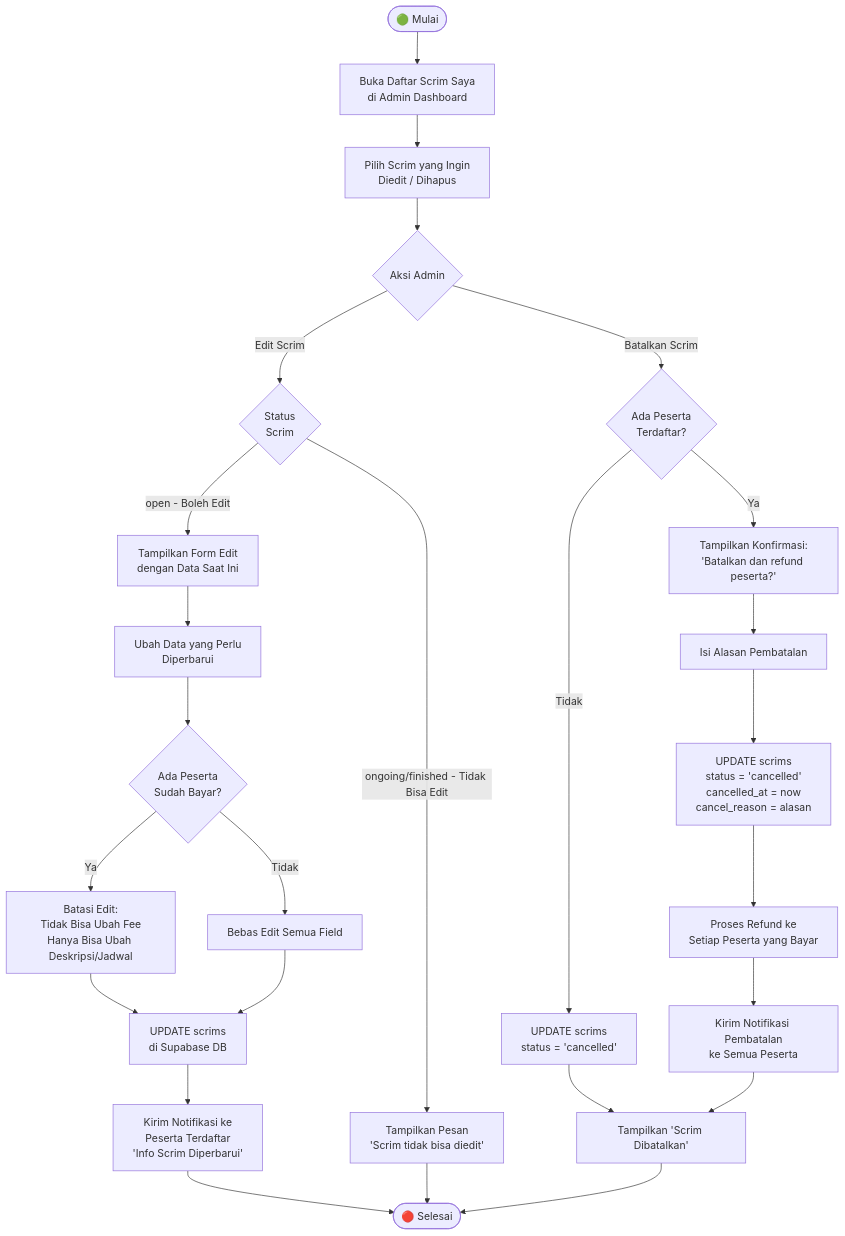
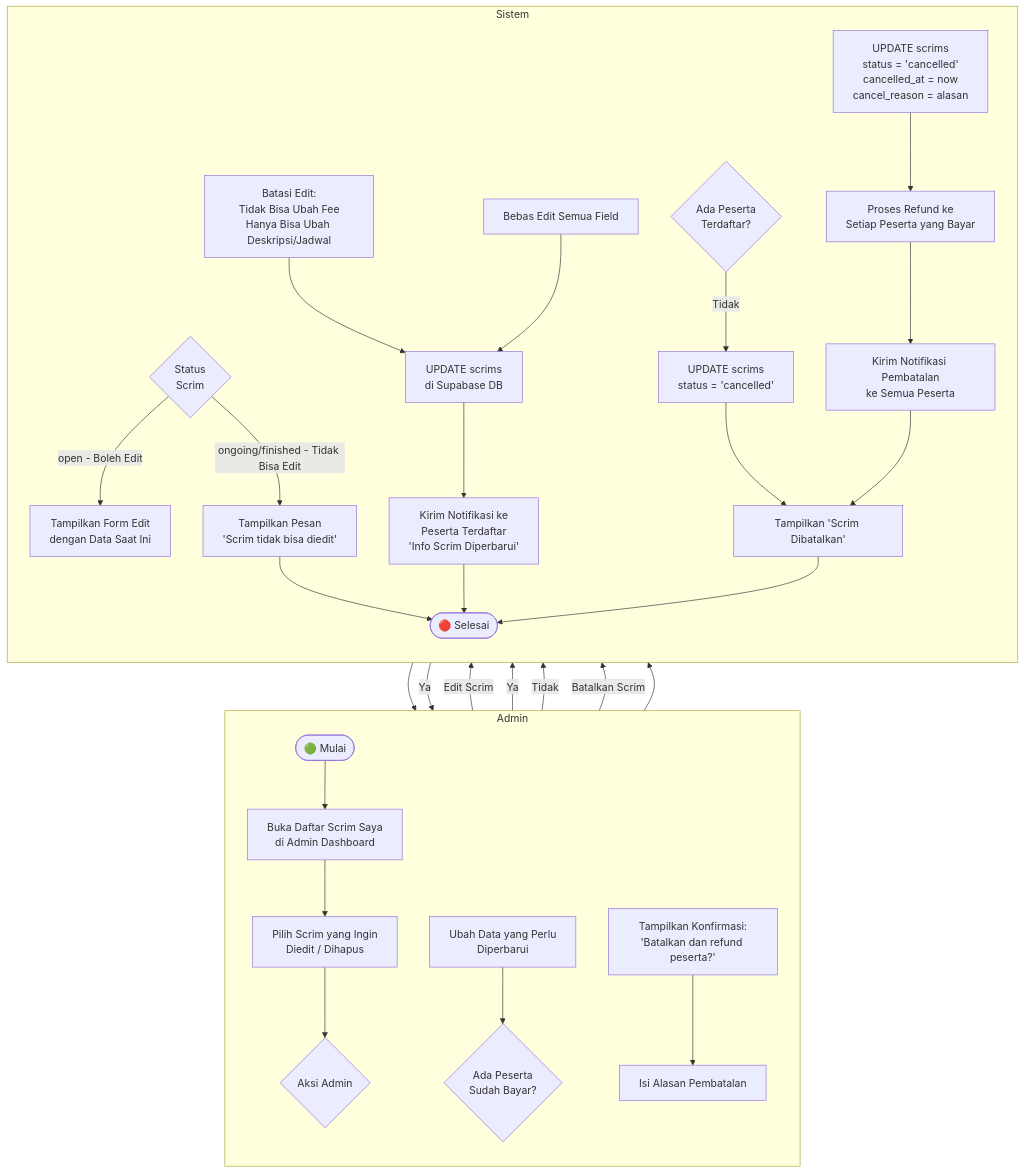
One commit to yosima050/booyahhub changed diagram 15 of 43 in DOKUMENTASI.md. Above: the diagram before and after it, drawn with Mermaid. The commit also changed other lines of this file, not shown here.

Commit message:
docs: rename Platform Owner role to Platform and refactor Mermaid flowcharts in documentation

````diff
--- a/DOKUMENTASI.md
+++ b/DOKUMENTASI.md
@@ -600,27 +692,31 @@
 ```mermaid
 flowchart TD
-    A([🟢 Mulai]) --> B[Buka Daftar Scrim Saya\ndi Admin Dashboard]
-    B --> C[Pilih Scrim yang Ingin\nDiedit / Dihapus]
-    C --> D{Aksi Admin}
+    subgraph Admin
+        direction TB
+        A([🟢 Mulai]) --> B[Buka Daftar Scrim Saya<br/>di Admin Dashboard]
+        B --> C[Pilih Scrim yang Ingin<br/>Diedit / Dihapus]
+        C --> D{Aksi Admin}
+        G[Ubah Data yang Perlu<br/>Diperbarui] --> H
+        P[Tampilkan Konfirmasi:<br/>'Batalkan dan refund peserta?'] --> Q[Isi Alasan Pembatalan]
+    end
 
-    D -->|Edit Scrim| E{Status\nScrim}
-    E -->|open - Boleh Edit| F[Tampilkan Form Edit\ndengan Data Saat Ini]
-    F --> G[Ubah Data yang Perlu\nDiperbarui]
-    G --> H{Ada Peserta\nSudah Bayar?}
-    H -->|Ya| I[Batasi Edit:\nTidak Bisa Ubah Fee\nHanya Bisa Ubah Deskripsi/Jadwal]
-    H -->|Tidak| J[Bebas Edit Semua Field]
-    I & J --> K[UPDATE scrims\ndi Supabase DB]
-    K --> L[Kirim Notifikasi ke\nPeserta Terdaftar\n'Info Scrim Diperbarui']
-    E -->|ongoing/finished - Tidak Bisa Edit| M[Tampilkan Pesan\n'Scrim tidak bisa diedit']
-
-    D -->|Batalkan Scrim| N{Ada Peserta\nTerdaftar?}
-    N -->|Tidak| O[UPDATE scrims\nstatus = 'cancelled']
-    N -->|Ya| P[Tampilkan Konfirmasi:\n'Batalkan dan refund peserta?']
-    P --> Q[Isi Alasan Pembatalan]
-    Q --> R[UPDATE scrims\nstatus = 'cancelled'\ncancelled_at = now\ncancel_reason = alasan]
-    R --> S[Proses Refund ke\nSetiap Peserta yang Bayar]
-    S --> T[Kirim Notifikasi Pembatalan\nke Semua Peserta]
-    O & T --> U[Tampilkan 'Scrim Dibatalkan']
-
-    L & M & U --> V([🔴 Selesai])
+    subgraph Sistem
+        direction TB
+        D -->|Edit Scrim| E{Status<br/>Scrim}
+        E -->|open - Boleh Edit| F[Tampilkan Form Edit<br/>dengan Data Saat Ini]
+        F --> G
+        H{Ada Peserta<br/>Sudah Bayar?} -->|Ya| I[Batasi Edit:<br/>Tidak Bisa Ubah Fee<br/>Hanya Bisa Ubah Deskripsi/Jadwal]
+        H -->|Tidak| J[Bebas Edit Semua Field]
+        I & J --> K[UPDATE scrims<br/>di Supabase DB]
+        K --> L[Kirim Notifikasi ke<br/>Peserta Terdaftar<br/>'Info Scrim Diperbarui']
+        E -->|ongoing/finished - Tidak Bisa Edit| M[Tampilkan Pesan<br/>'Scrim tidak bisa diedit']
+        D -->|Batalkan Scrim| N{Ada Peserta<br/>Terdaftar?}
+        N -->|Tidak| O[UPDATE scrims<br/>status = 'cancelled']
+        N -->|Ya| P
+        Q --> R[UPDATE scrims<br/>status = 'cancelled'<br/>cancelled_at = now<br/>cancel_reason = alasan]
+        R --> S[Proses Refund ke<br/>Setiap Peserta yang Bayar]
+        S --> T[Kirim Notifikasi Pembatalan<br/>ke Semua Peserta]
+        O & T --> U[Tampilkan 'Scrim Dibatalkan']
+        L & M & U --> V([🔴 Selesai])
+    end
 ```
````
